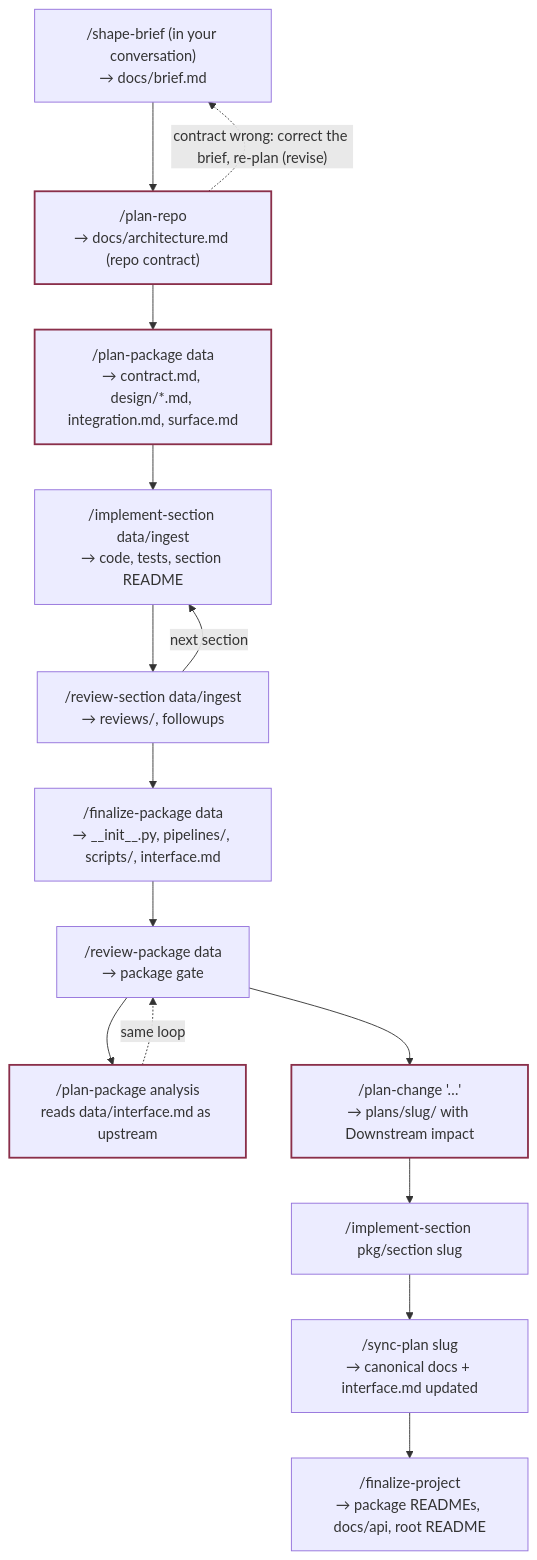
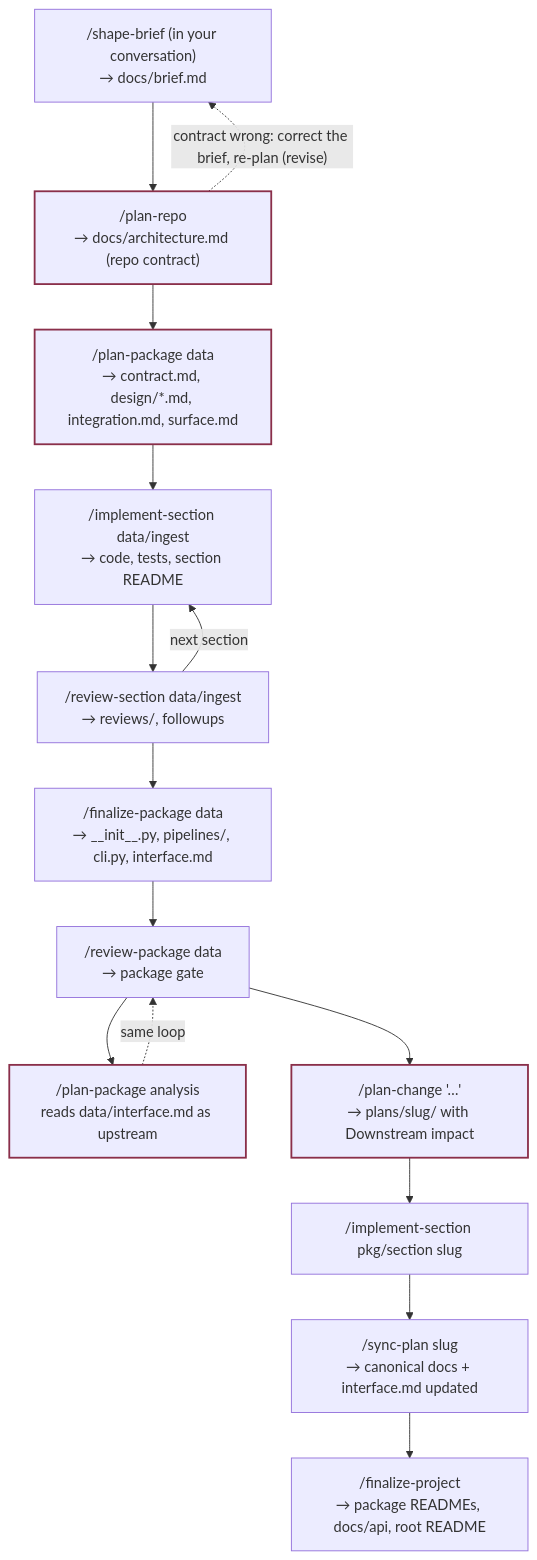
The second of 3 diagrams in dev-team/site/flow.md (cott435/cott-plugins), drawn with Mermaid before and after one commit. The commit also changed other lines of this file and 11 other files, not shown here.

````diff
--- a/dev-team/site/flow.md
+++ b/dev-team/site/flow.md
@@ -44,21 +44,21 @@
 ```mermaid
 flowchart TD
   S["/shape-brief (in your conversation)<br/>→ docs/brief.md"]
   S --> A
   A["/plan-repo<br/>→ docs/architecture.md (repo contract)"]
   A -. "contract wrong: correct the brief, re-plan (revise)" .-> S
   A --> B["/plan-package data<br/>→ contract.md, design/*.md, integration.md, surface.md"]
   B --> C["/implement-section data/ingest<br/>→ code, tests, section README"]
   C --> D["/review-section data/ingest<br/>→ reviews/, followups"]
   D -->|next section| C
-  D --> E["/finalize-package data<br/>→ __init__.py, pipelines/, scripts/, interface.md"]
+  D --> E["/finalize-package data<br/>→ __init__.py, pipelines/, cli.py, interface.md"]
   E --> F["/review-package data<br/>→ package gate"]
   F --> G["/plan-package analysis<br/>reads data/interface.md as upstream"]
   G -.->|same loop| F
   F --> H["/plan-change '…'<br/>→ plans/slug/ with Downstream impact"]
   H --> I["/implement-section pkg/section slug"]
   I --> J["/sync-plan slug<br/>→ canonical docs + interface.md updated"]
   J --> K["/finalize-project<br/>→ package READMEs, docs/api, root README"]
   classDef stop stroke:#8a2f4a,stroke-width:2px;
   class A,B,G,H stop;
 ```
````
